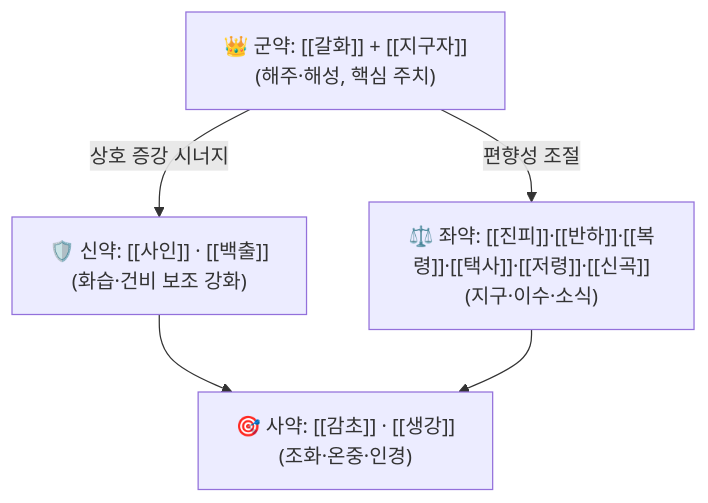
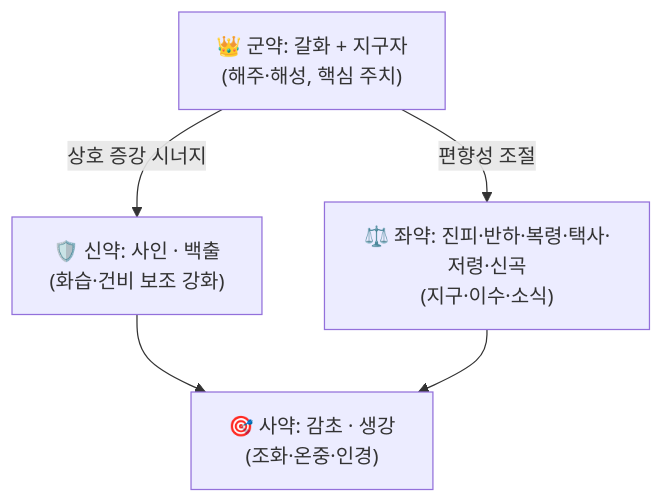
The diagram in content/2. 약리 공부/처방/04_이기·화해제/해성화위탕.md (simbio11/simbio-digital-garden2), drawn with Mermaid before and after one commit. The commit also changed other lines of this file and 122 other files, not shown here.

````diff
--- a/content/2. 약리 공부/처방/04_이기·화해제/해성화위탕.md
+++ b/content/2. 약리 공부/처방/04_이기·화해제/해성화위탕.md
@@ -69,7 +69,7 @@
 ```mermaid
 graph TD
-    Gun["👑 군약: [[갈화]] + [[지구자]]<br>(해주·해성, 핵심 주치)"] -->|상호 증강 시너지| Sin["🛡️ 신약: [[사인]] · [[백출]]<br>(화습·건비 보조 강화)"]
-    Gun -->|편향성 조절| Jwa["⚖️ 좌약: [[진피]]·[[반하]]·[[복령]]·[[택사]]·[[저령]]·[[신곡]]<br>(지구·이수·소식)"]
-    Sin --> Sa["🎯 사약: [[감초]] · [[생강]]<br>(조화·온중·인경)"]
+    Gun["👑 군약: 갈화 + 지구자<br>(해주·해성, 핵심 주치)"] -->|상호 증강 시너지| Sin["🛡️ 신약: 사인 · 백출<br>(화습·건비 보조 강화)"]
+    Gun -->|편향성 조절| Jwa["⚖️ 좌약: 진피·반하·복령·택사·저령·신곡<br>(지구·이수·소식)"]
+    Sin --> Sa["🎯 사약: 감초 · 생강<br>(조화·온중·인경)"]
     Jwa --> Sa
 ```
````
